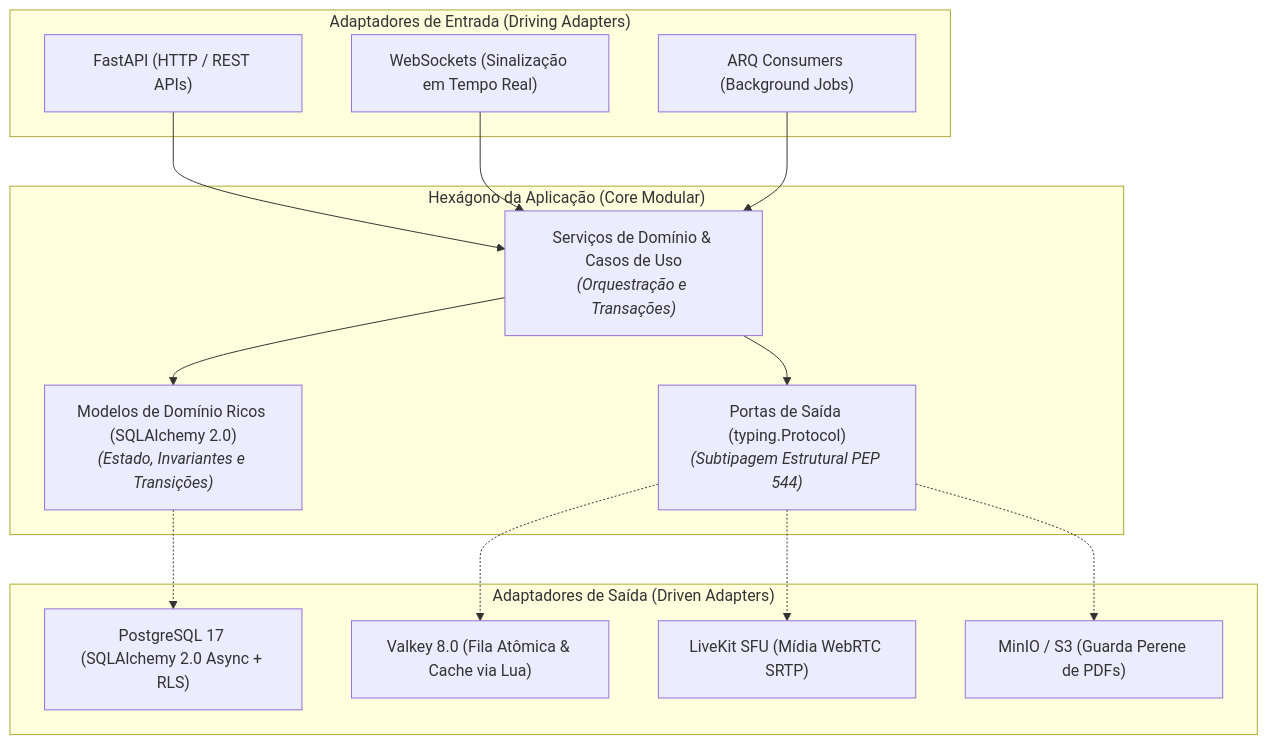
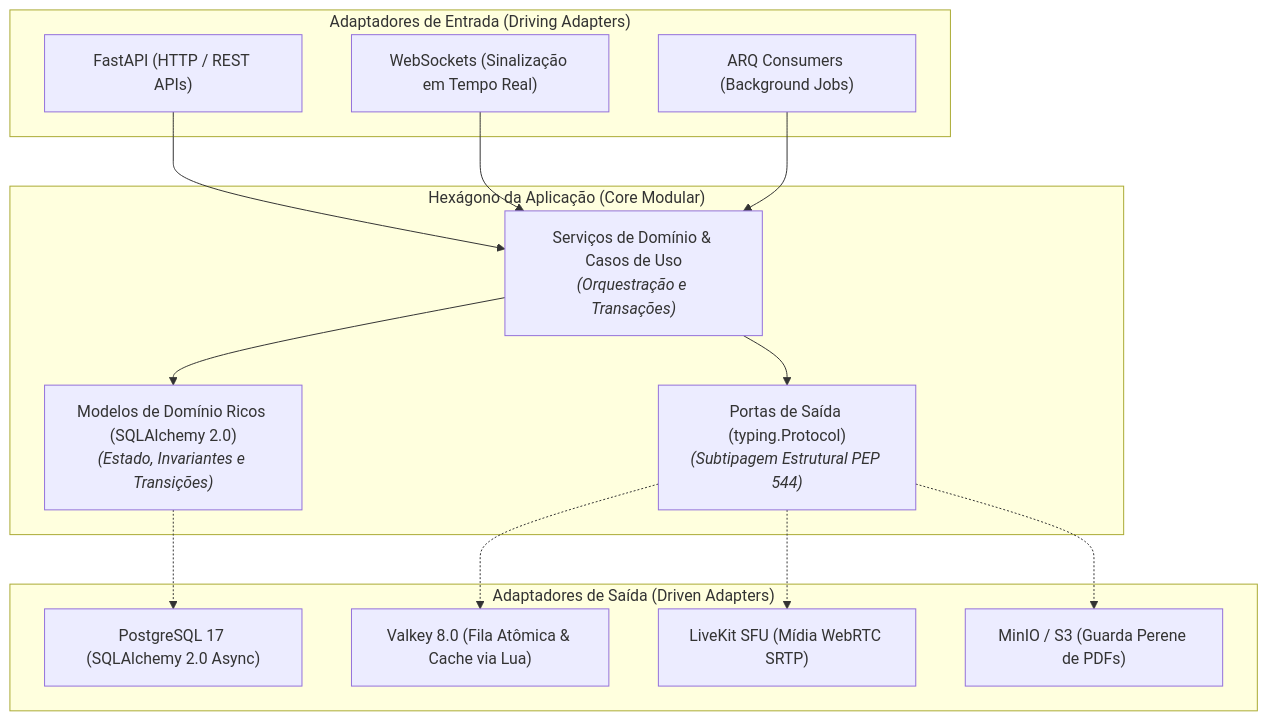
One commit to Rafaelp122/medisync changed the first of 3 diagrams in docs/explanation/architecture/overview.md. Above: the diagram before and after it, drawn with Mermaid. The commit also changed other lines of this file and 400 other files, not shown here.

````diff
--- a/docs/explanation/architecture/overview.md
+++ b/docs/explanation/architecture/overview.md
@@ -29,31 +29,31 @@
 ```mermaid
 flowchart TD
     subgraph DrivingAdapters["Adaptadores de Entrada (Driving Adapters)"]
         HTTP["FastAPI (HTTP / REST APIs)"]
         WS["WebSockets (Sinalização em Tempo Real)"]
         Worker["ARQ Consumers (Background Jobs)"]
     end
 
     subgraph Hexagon["Hexágono da Aplicação (Core Modular)"]
         Services["Serviços de Domínio & Casos de Uso<br/><i>(Orquestração e Transações)</i>"]
         RichModels["Modelos de Domínio Ricos (SQLAlchemy 2.0)<br/><i>(Estado, Invariantes e Transições)</i>"]
         OutPorts["Portas de Saída (typing.Protocol)<br/><i>(Subtipagem Estrutural PEP 544)</i>"]
         Services --> RichModels
         Services --> OutPorts
     end
 
     subgraph DrivenAdapters["Adaptadores de Saída (Driven Adapters)"]
-        Postgres["PostgreSQL 17 (SQLAlchemy 2.0 Async + RLS)"]
+        Postgres["PostgreSQL 17 (SQLAlchemy 2.0 Async)"]
         Valkey["Valkey 8.0 (Fila Atômica & Cache via Lua)"]
         LiveKit["LiveKit SFU (Mídia WebRTC SRTP)"]
         S3["MinIO / S3 (Guarda Perene de PDFs)"]
     end
 
     HTTP --> Services
     WS --> Services
     Worker --> Services
     RichModels -.-> Postgres
     OutPorts -.-> Valkey
     OutPorts -.-> LiveKit
     OutPorts -.-> S3
 ```
````
